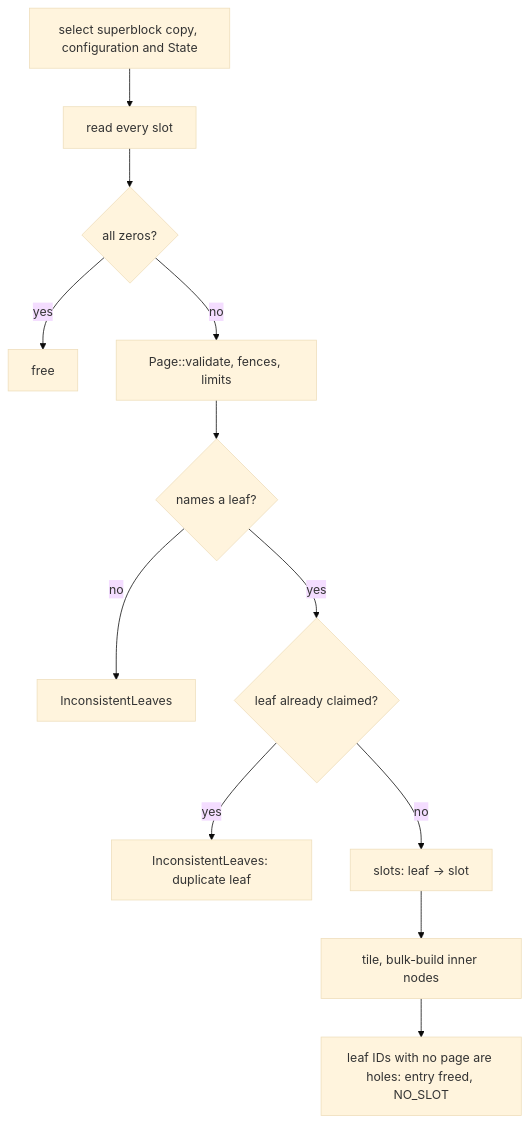
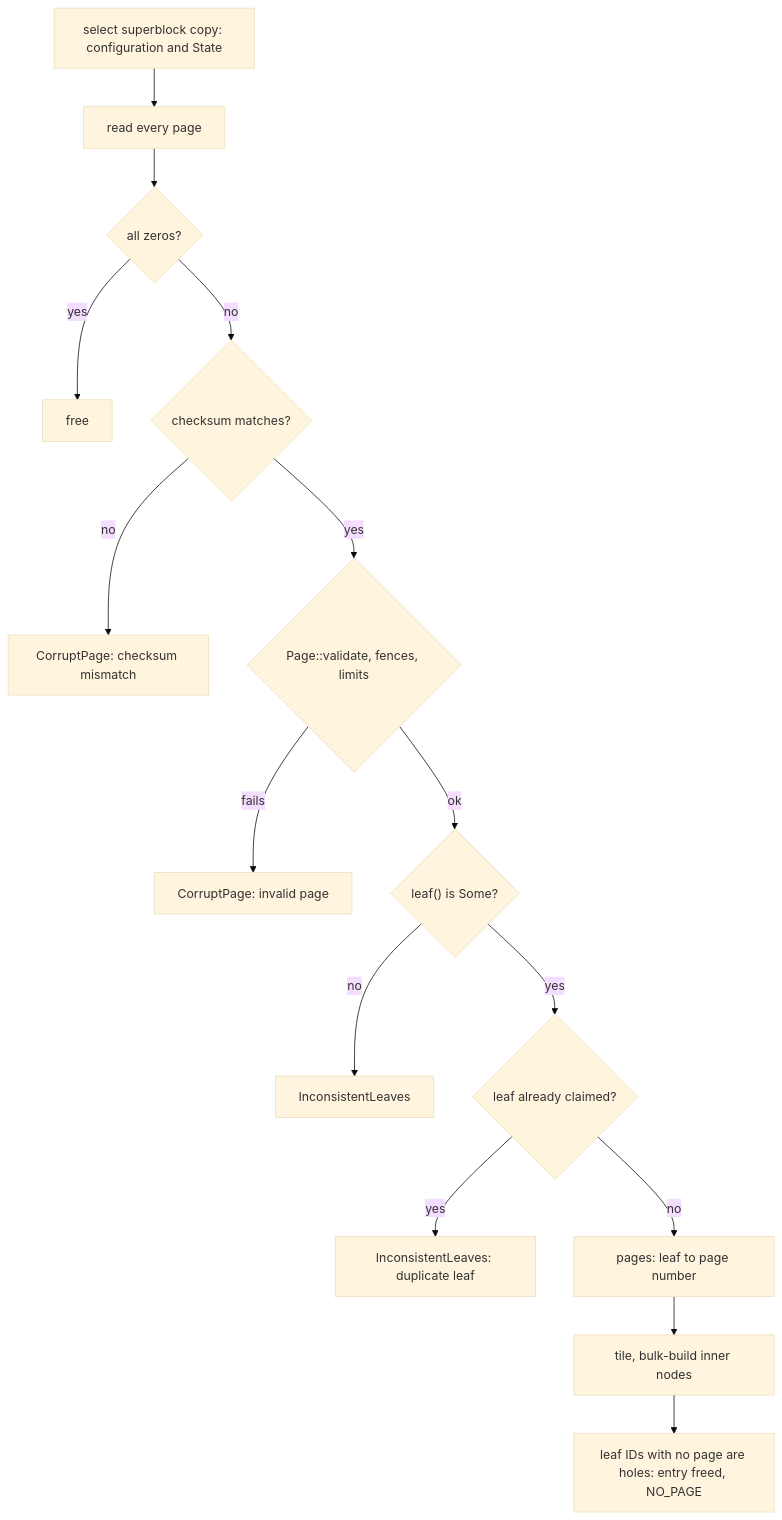
The second of 2 diagrams in docs/plans/0017-bf-tree-store-format.md (raydatray/peppydb), drawn with Mermaid (base theme) before and after one commit. The commit also changed other lines of this file and 5 other files, not shown here.

````diff
--- a/docs/plans/0017-bf-tree-store-format.md
+++ b/docs/plans/0017-bf-tree-store-format.md
@@ -240,14 +305,17 @@
 ```mermaid
 flowchart TD
-    S[select superblock copy, configuration and State] --> R[read every slot]
+    S["select superblock copy: configuration and State"] --> R[read every page]
     R --> Z{all zeros?}
     Z -->|yes| F[free]
-    Z -->|no| V[Page::validate, fences, limits]
-    V --> N{names a leaf?}
+    Z -->|no| C{checksum matches?}
+    C -->|no| E0["CorruptPage: checksum mismatch"]
+    C -->|yes| V{"Page::validate, fences, limits"}
+    V -->|fails| E3["CorruptPage: invalid page"]
+    V -->|ok| N{"leaf() is Some?"}
     N -->|no| E1[InconsistentLeaves]
     N -->|yes| D{leaf already claimed?}
-    D -->|yes| E2[InconsistentLeaves: duplicate leaf]
-    D -->|no| M[slots: leaf -> slot]
-    M --> T[tile, bulk-build inner nodes]
-    T --> H[leaf IDs with no page are holes: entry freed, NO_SLOT]
+    D -->|yes| E2["InconsistentLeaves: duplicate leaf"]
+    D -->|no| M["pages: leaf to page number"]
+    M --> T["tile, bulk-build inner nodes"]
+    T --> H["leaf IDs with no page are holes: entry freed, NO_PAGE"]
 ```
````
